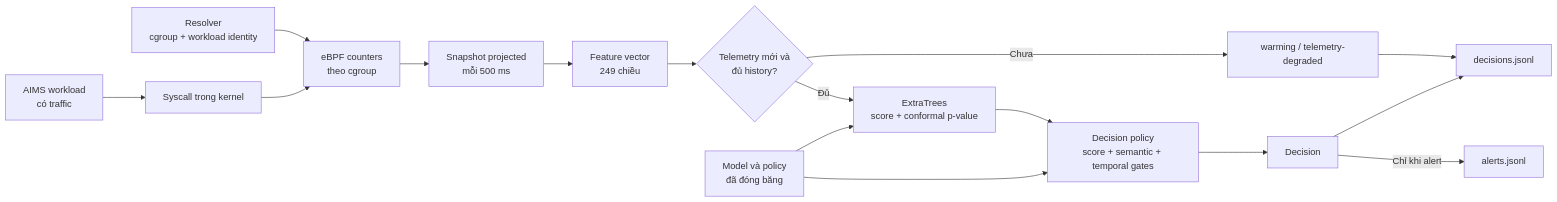
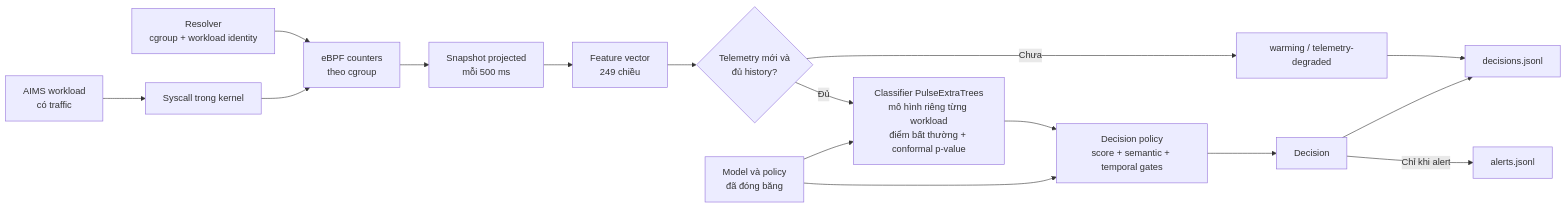
One commit to tndat-dev/eBPF-project changed the first of 3 diagrams in SENTINEL_PULSE_LUONG_VA_MINH_CHUNG.md. Above: the diagram before and after it, drawn with Mermaid. The commit also changed 1 other file, not shown here.

Commit message:
Clarify PulseExtraTrees in runtime diagrams

````diff
--- a/SENTINEL_PULSE_LUONG_VA_MINH_CHUNG.md
+++ b/SENTINEL_PULSE_LUONG_VA_MINH_CHUNG.md
@@ -83,18 +83,18 @@
 ```mermaid
 flowchart LR
     APP["AIMS workload<br/>có traffic"] --> KERNEL["Syscall trong kernel"]
     ID["Resolver<br/>cgroup + workload identity"] --> COUNTER
     KERNEL --> COUNTER["eBPF counters<br/>theo cgroup"]
     COUNTER --> SNAP["Snapshot projected<br/>mỗi 500 ms"]
     SNAP --> FEATURE["Feature vector<br/>249 chiều"]
     FEATURE --> READY{"Telemetry mới và<br/>đủ history?"}
     READY -->|"Chưa"| WARM["warming / telemetry-degraded"]
-    READY -->|"Đủ"| MODEL["ExtraTrees<br/>score + conformal p-value"]
+    READY -->|"Đủ"| MODEL["Classifier PulseExtraTrees<br/>mô hình riêng từng workload<br/>điểm bất thường + conformal p-value"]
     BUNDLE["Model và policy<br/>đã đóng băng"] --> MODEL
     MODEL --> POLICY["Decision policy<br/>score + semantic + temporal gates"]
     BUNDLE --> POLICY
     POLICY --> RESULT["Decision"]
     WARM --> JSONL["decisions.jsonl"]
     RESULT --> JSONL
     RESULT -->|"Chỉ khi alert"| ALERT["alerts.jsonl"]
 ```
````
